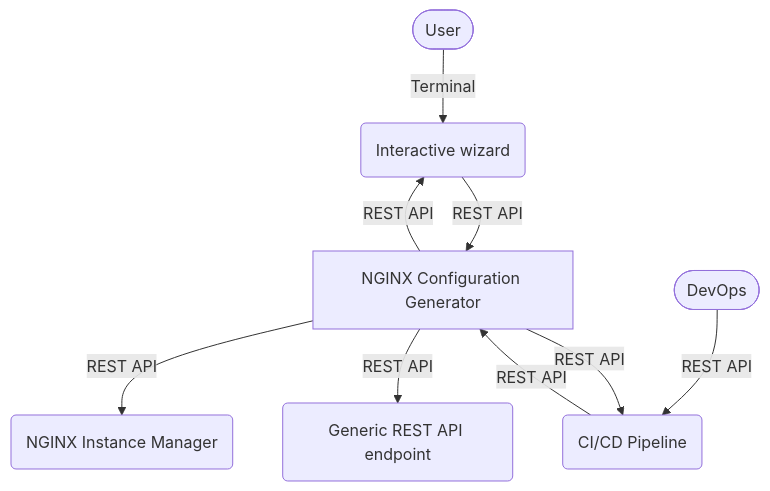
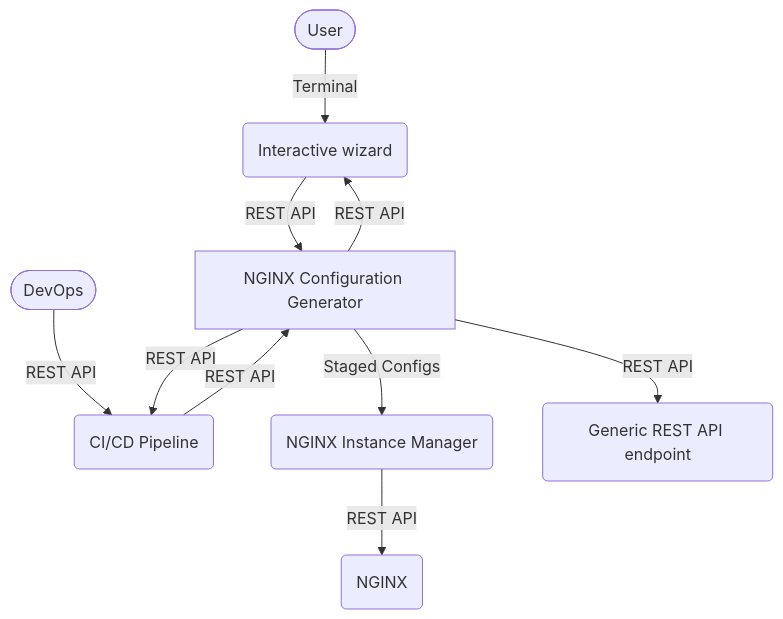
One commit to f5devcentral/NGINX-Declarative-API changed the diagram in README.md. Above: the diagram before and after it, drawn with Mermaid.

Commit message:
README updated

````diff
--- a/README.md
+++ b/README.md
@@ -9,9 +9,10 @@
 ```mermaid
 graph TD
 U([User]) -- Terminal --> IW(Interactive wizard)
 DEVOPS([DevOps]) -- REST API --> CICD
 IW -- REST API --> NCG[NGINX Configuration Generator]
 CICD(CI/CD Pipeline) -- REST API --> NCG
-NCG -- REST API --> NIM(NGINX Instance Manager)
+NCG -- Staged Configs --> NIM(NGINX Instance Manager)
 NCG -- REST API --> Generic(Generic REST API endpoint) & IW & CICD
+NIM -- REST API --> NGINX(NGINX)
 ```
````
